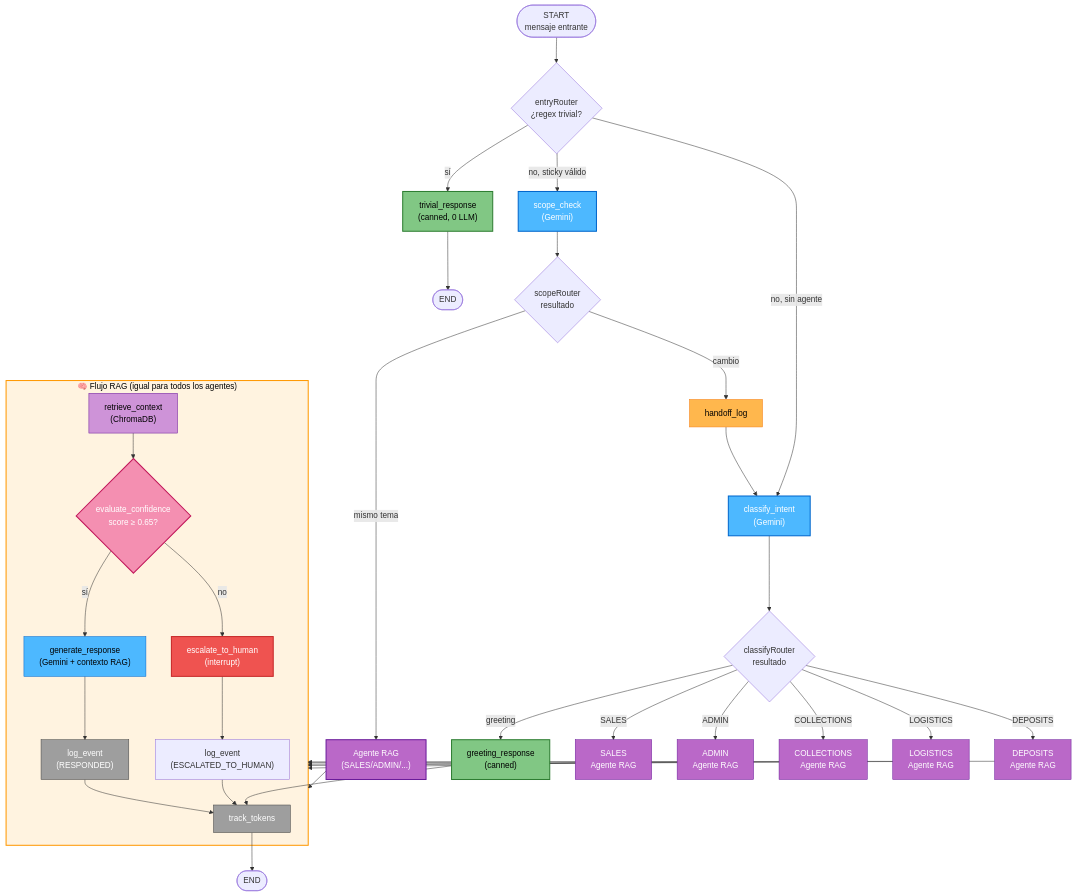
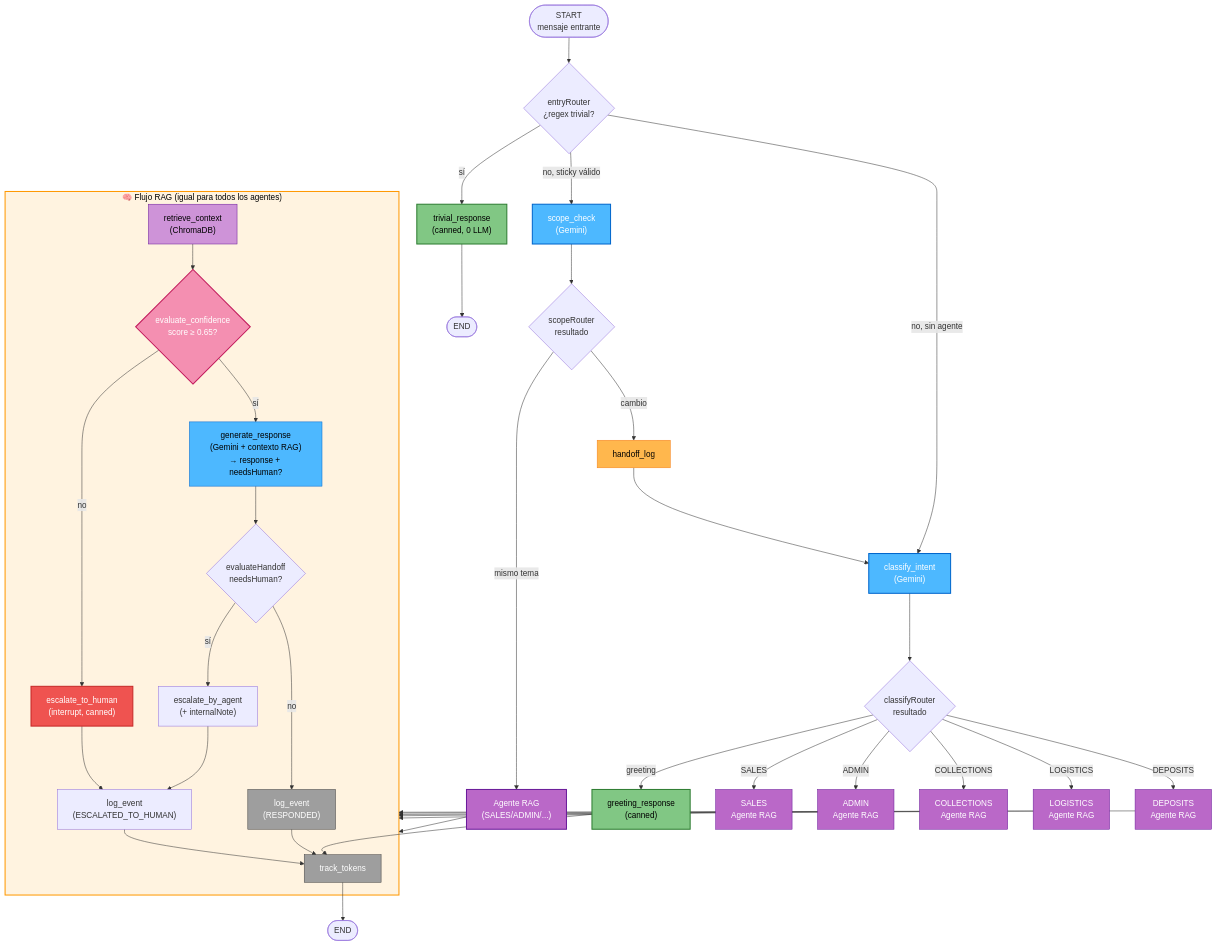
Before and after one commit to mauroarmas/TrimIA-Backend: the third of 4 diagrams in docs/DIAGRAMAS_ARQUITECTURA.md, drawn with Mermaid. The commit also changed other lines of this file, not shown here.

First line of the commit message:
docs: simplificar DIAGRAMAS_ARQUITECTURA quitando el detalle ASCII duplicado

````diff
--- a/docs/DIAGRAMAS_ARQUITECTURA.md
+++ b/docs/DIAGRAMAS_ARQUITECTURA.md
@@ -346,71 +241,76 @@
 ```mermaid
 flowchart TD
     START([START<br/>mensaje entrante])
     
     START --> entryRouter{entryRouter<br/>¿regex trivial?}
     
     entryRouter -->|sí| trivial["trivial_response<br/>(canned, 0 LLM)"]
     trivial --> END1([END])
     
     entryRouter -->|no, sticky válido| scope["scope_check<br/>(Gemini)"]
     entryRouter -->|no, sin agente| classify["classify_intent<br/>(Gemini)"]
     
     scope --> scopeRouter{scopeRouter<br/>resultado}
     scopeRouter -->|mismo tema| agentDirect["Agente RAG<br/>(SALES/ADMIN/...)"]
     scopeRouter -->|cambio| handoff["handoff_log"]
     handoff --> classify
     
     classify --> classifyRouter{classifyRouter<br/>resultado}
     classifyRouter -->|greeting| greeting["greeting_response<br/>(canned)"]
     greeting --> trackTokens["track_tokens"]
     
     classifyRouter -->|SALES| salesNode["SALES<br/>Agente RAG"]
     classifyRouter -->|ADMIN| adminNode["ADMIN<br/>Agente RAG"]
     classifyRouter -->|COLLECTIONS| collectionsNode["COLLECTIONS<br/>Agente RAG"]
     classifyRouter -->|LOGISTICS| logisticsNode["LOGISTICS<br/>Agente RAG"]
     classifyRouter -->|DEPOSITS| depositsNode["DEPOSITS<br/>Agente RAG"]
     
     salesNode --> ragFlow
     adminNode --> ragFlow
     collectionsNode --> ragFlow
     logisticsNode --> ragFlow
     depositsNode --> ragFlow
     agentDirect --> ragFlow
     
     subgraph ragFlow["🧠 Flujo RAG (igual para todos los agentes)"]
         retrieve["retrieve_context<br/>(ChromaDB)"]
         evaluate{evaluate_confidence<br/>score ≥ 0.65?}
         retrieve --> evaluate
         
-        evaluate -->|sí| generate["generate_response<br/>(Gemini + contexto RAG)"]
-        evaluate -->|no| escalate["escalate_to_human<br/>(interrupt)"]
+        evaluate -->|no| escalate["escalate_to_human<br/>(interrupt, canned)"]
+        evaluate -->|sí| generate["generate_response<br/>(Gemini + contexto RAG)<br/>→ response + needsHuman?"]
         
-        generate --> logEvent["log_event<br/>(RESPONDED)"]
+        generate --> evalHandoff{evaluateHandoff<br/>needsHuman?}
+        
+        evalHandoff -->|sí| escalateAgent["escalate_by_agent<br/>(+ internalNote)"]
+        evalHandoff -->|no| logEvent["log_event<br/>(RESPONDED)"]
+        
         escalate --> logEscalated["log_event<br/>(ESCALATED_TO_HUMAN)"]
+        escalateAgent --> logEscalated
         
         logEvent --> trackTokens
         logEscalated --> trackTokens
     end
     
     trackTokens --> END2([END])
     
     %% Colores para legibilidad
     style trivial fill:#81c784,stroke:#2e7d32,stroke-width:2px,color:#000
     style greeting fill:#81c784,stroke:#2e7d32,stroke-width:2px,color:#000
     style ragFlow fill:#fff3e0,stroke:#ff9800,stroke-width:2px,color:#000
     style retrieve fill:#ce93d8,stroke:#6a1b9a,stroke-width:1px,color:#000
     style evaluate fill:#f48fb1,stroke:#c2185b,stroke-width:2px,color:#fff
     style escalate fill:#ef5350,stroke:#c62828,stroke-width:2px,color:#fff
     style generate fill:#4db8ff,stroke:#0066cc,stroke-width:1px,color:#000
     style agentDirect fill:#ba68c8,stroke:#6a1b9a,stroke-width:2px,color:#fff
     style salesNode fill:#ba68c8,stroke:#6a1b9a,stroke-width:1px,color:#fff
     style adminNode fill:#ba68c8,stroke:#6a1b9a,stroke-width:1px,color:#fff
     style collectionsNode fill:#ba68c8,stroke:#6a1b9a,stroke-width:1px,color:#fff
     style logisticsNode fill:#ba68c8,stroke:#6a1b9a,stroke-width:1px,color:#fff
     style depositsNode fill:#ba68c8,stroke:#6a1b9a,stroke-width:1px,color:#fff
     style handoff fill:#ffb74d,stroke:#f57f17,stroke-width:1px,color:#000
     style classify fill:#4db8ff,stroke:#0066cc,stroke-width:2px,color:#fff
     style scope fill:#4db8ff,stroke:#0066cc,stroke-width:2px,color:#fff
     style logEvent fill:#9e9e9e,stroke:#424242,stroke-width:1px,color:#fff
     style trackTokens fill:#9e9e9e,stroke:#424242,stroke-width:1px,color:#fff
 ```
````
